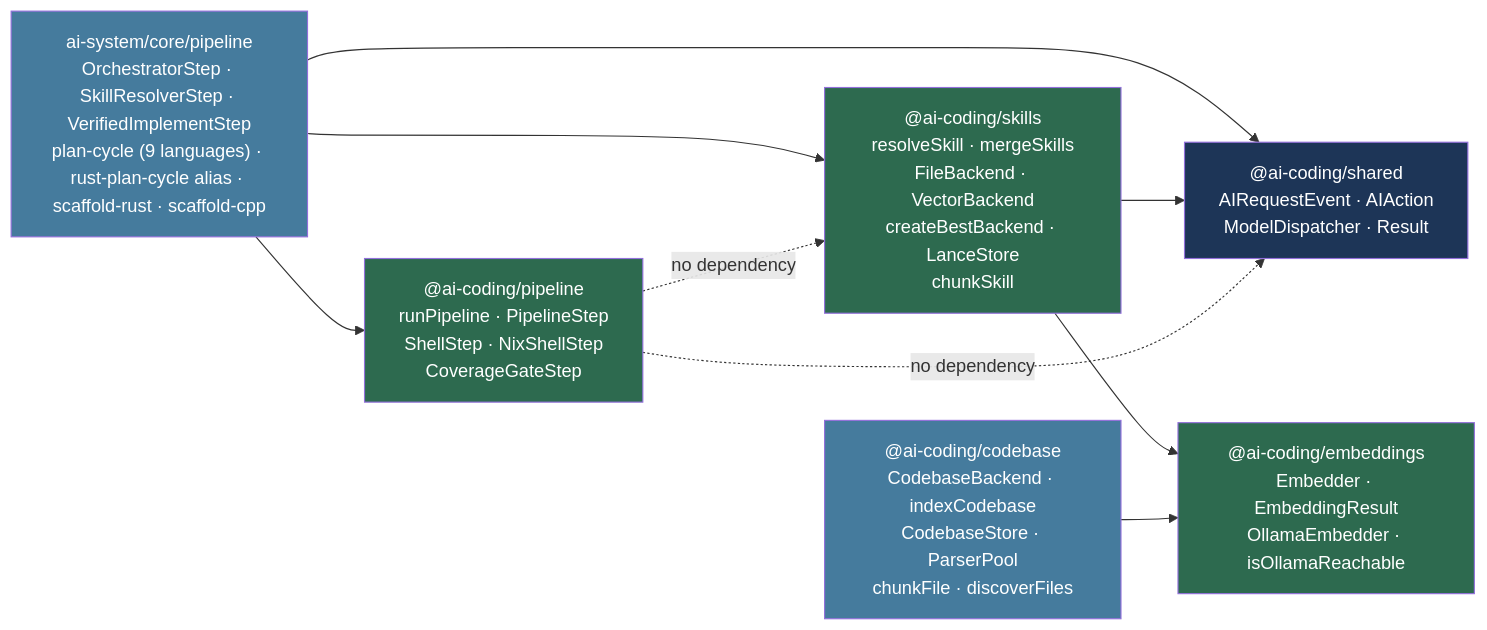
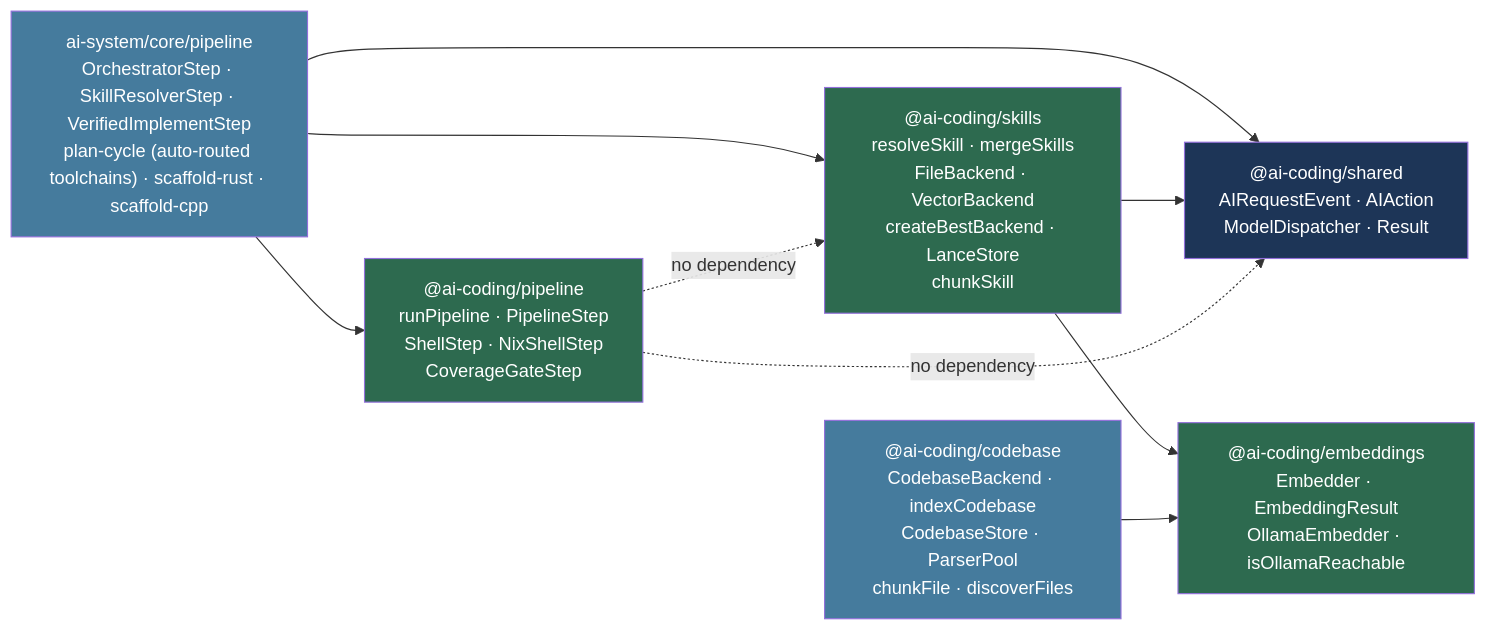
The second of 5 diagrams in docs/architecture.md (vansweej/ai-coding), drawn with Mermaid before and after one commit. The commit also changed other lines of this file and 21 other files, not shown here.

````diff
--- a/docs/architecture.md
+++ b/docs/architecture.md
@@ -87,25 +87,25 @@
 ```mermaid
 graph LR
     Shared["@ai-coding/shared\nAIRequestEvent · AIAction\nModelDispatcher · Result"]
     Embeddings["@ai-coding/embeddings\nEmbedder · EmbeddingResult\nOllamaEmbedder · isOllamaReachable"]
     Skills["@ai-coding/skills\nresolveSkill · mergeSkills\nFileBackend · VectorBackend\ncreateBestBackend · LanceStore\nchunkSkill"]
     Codebase["@ai-coding/codebase\nCodebaseBackend · indexCodebase\nCodebaseStore · ParserPool\nchunkFile · discoverFiles"]
     Pipeline["@ai-coding/pipeline\nrunPipeline · PipelineStep\nShellStep · NixShellStep\nCoverageGateStep"]
-    AISystem["ai-system/core/pipeline\nOrchestratorStep · SkillResolverStep · VerifiedImplementStep\nplan-cycle (9 languages) · rust-plan-cycle alias · scaffold-rust · scaffold-cpp"]
+    AISystem["ai-system/core/pipeline\nOrchestratorStep · SkillResolverStep · VerifiedImplementStep\nplan-cycle (auto-routed toolchains) · scaffold-rust · scaffold-cpp"]
 
     AISystem --> Pipeline
     AISystem --> Shared
     AISystem --> Skills
     Skills --> Shared
     Skills --> Embeddings
     Codebase --> Embeddings
     Pipeline -.->|"no dependency"| Shared
     Pipeline -.->|"no dependency"| Skills
 
     style Pipeline fill:#2d6a4f,color:#fff
     style Shared fill:#1d3557,color:#fff
     style Skills fill:#2d6a4f,color:#fff
     style Embeddings fill:#2d6a4f,color:#fff
     style Codebase fill:#457b9d,color:#fff
     style AISystem fill:#457b9d,color:#fff
 ```
````
